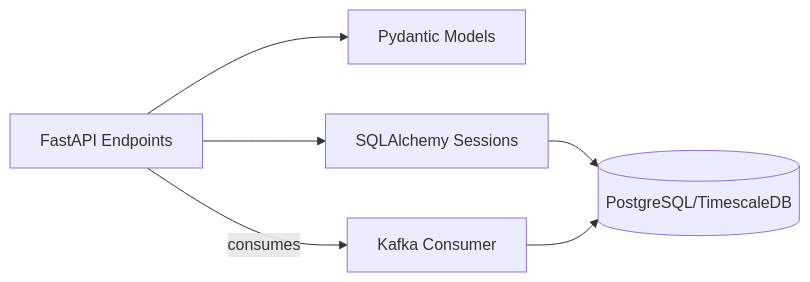
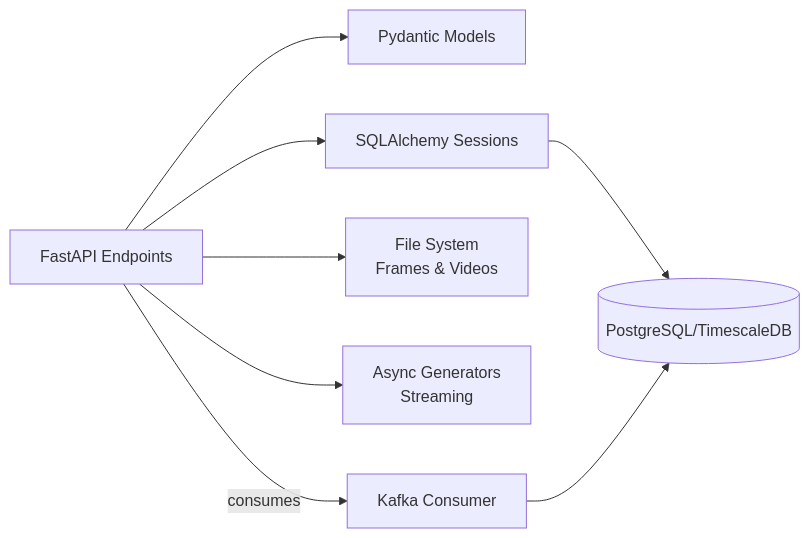
One commit to Azzoz-189/construction-equipment-monitoring changed the fourth of 4 diagrams in .qoder/repowiki/en/content/API Reference.md. Above: the diagram before and after it, drawn with Mermaid. The commit also changed other lines of this file and 6 other files, not shown here.

````diff
--- a/.qoder/repowiki/en/content/API Reference.md
+++ b/.qoder/repowiki/en/content/API Reference.md
@@ -406,8 +615,10 @@
 ```mermaid
 graph LR
 API["FastAPI Endpoints"] --> Pydantic["Pydantic Models"]
 API --> SQLA["SQLAlchemy Sessions"]
+API --> Files["File System<br/>Frames & Videos"]
+API --> Async["Async Generators<br/>Streaming"]
 SQLA --> DB[("PostgreSQL/TimescaleDB")]
 Consumer["Kafka Consumer"] --> DB
 API --> |consumes| Consumer
 ```
````
